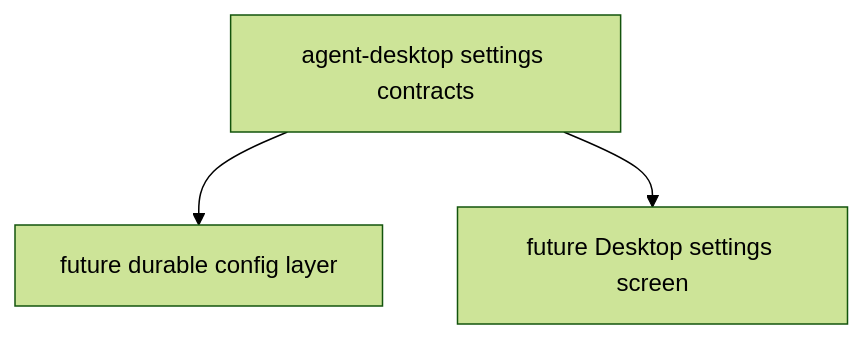
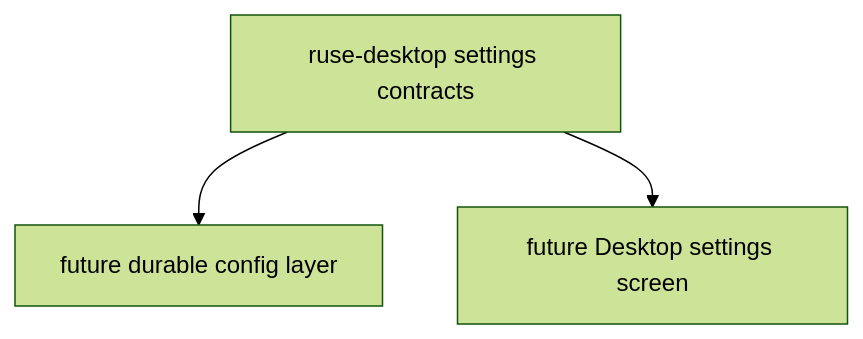
The diagram in docs/specs/M10-05-settings.spec.md (poneding/agent), drawn with Mermaid (forest theme) before and after one commit. The commit also changed other lines of this file and 2091 other files, not shown here.

First line of the commit message:
refactor: rename agent branding to ruse

````diff
--- a/docs/specs/M10-05-settings.spec.md
+++ b/docs/specs/M10-05-settings.spec.md
@@ -34,5 +34,5 @@
 ```mermaid
 flowchart TD
-  desktop["agent-desktop settings contracts"] --> future_config["future durable config layer"]
+  desktop["ruse-desktop settings contracts"] --> future_config["future durable config layer"]
   desktop --> future_ui["future Desktop settings screen"]
 ```
````
